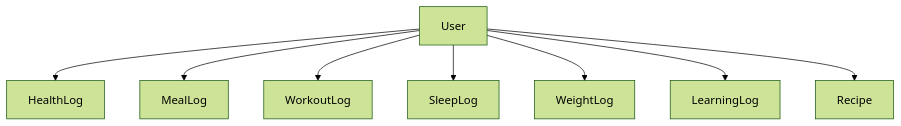
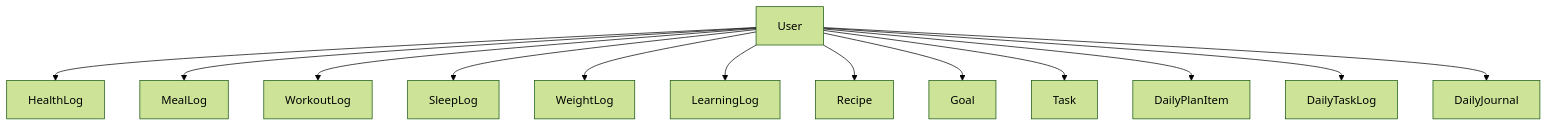
Before and after one commit to shim369/Python-Smart-Health-Intelligence-Platform: the seventh of 19 diagrams in docs/architecture.md, drawn with Mermaid (forest theme). The commit also changed other lines of this file and 24 other files, not shown here.

Commit message:
docs: consolidate daily-journal-design.md and database.md into requirements.md, and rename README.md to README.ja.md

````diff
--- a/docs/architecture.md
+++ b/docs/architecture.md
@@ -261,11 +290,16 @@
 ```mermaid
 flowchart TD
     User[User]
     User --> HealthLog
     User --> MealLog
     User --> WorkoutLog
     User --> SleepLog
     User --> WeightLog
     User --> LearningLog
     User --> Recipe
+    User --> Goal
+    User --> Task
+    User --> DailyPlanItem
+    User --> DailyTaskLog
+    User --> DailyJournal
 ```
````
